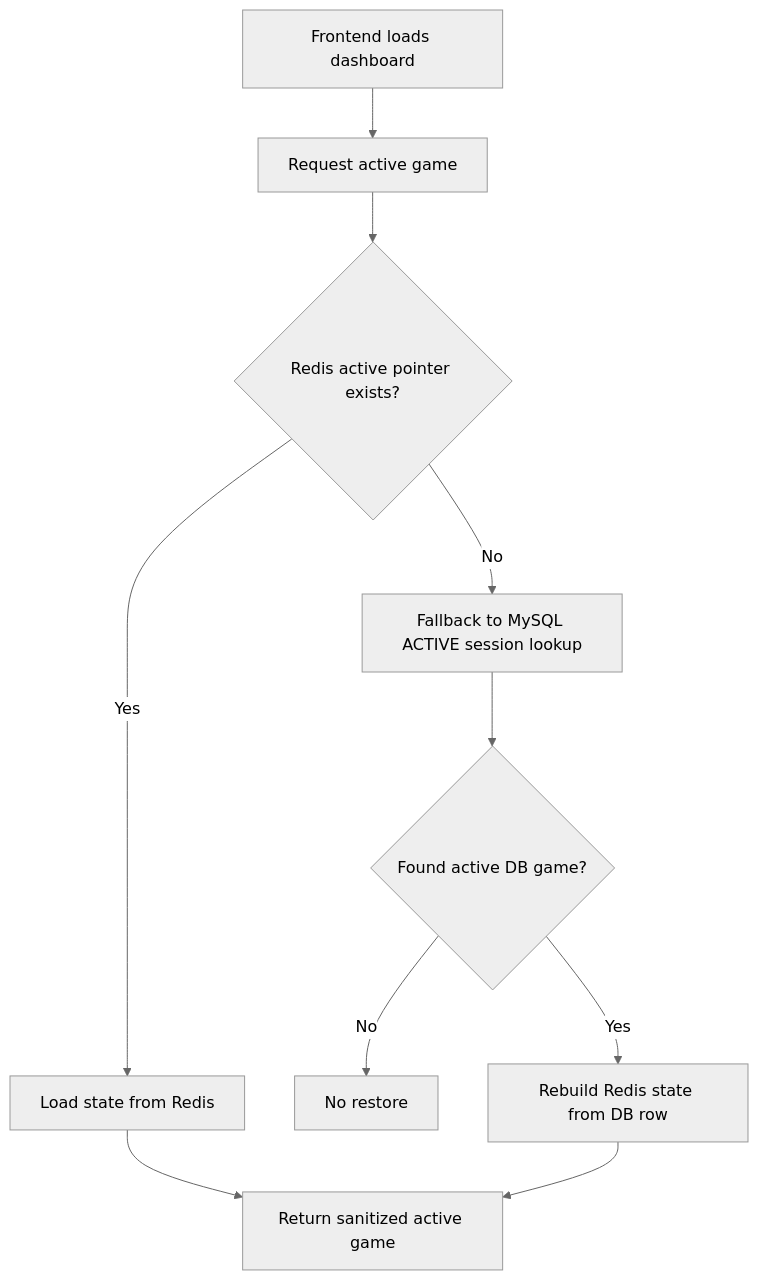
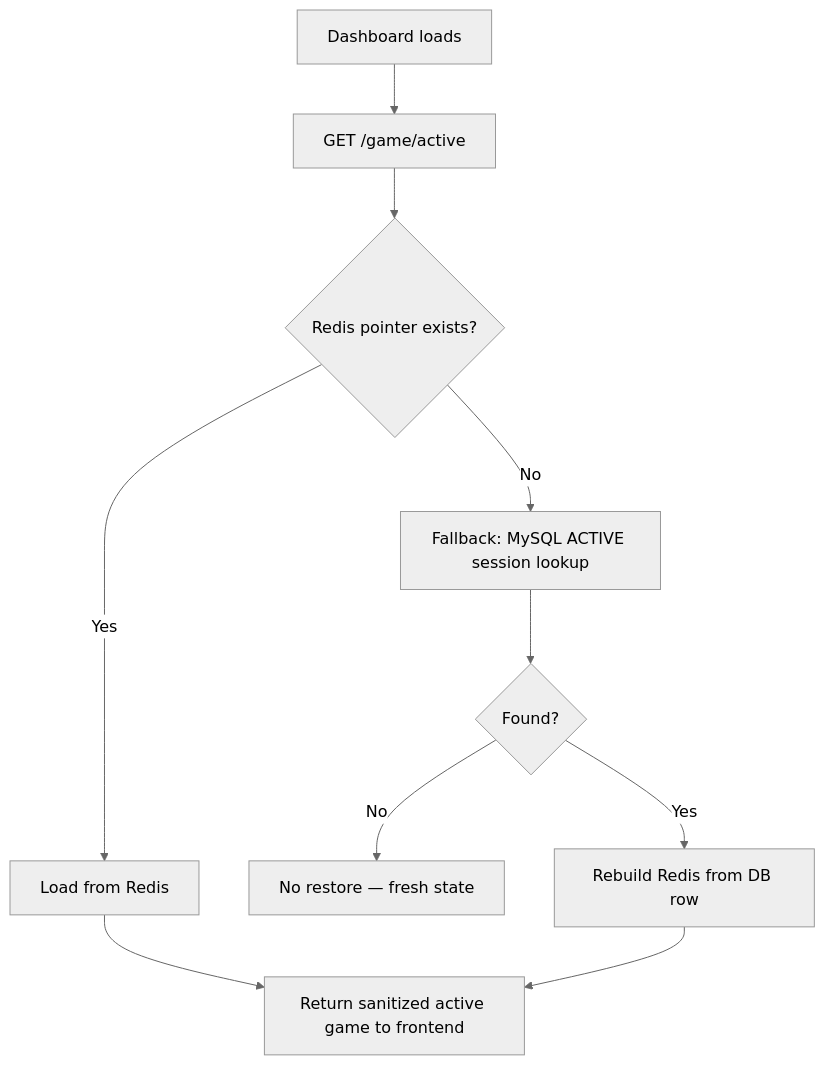
The fourth of 4 diagrams in README.md (yashkale402/Stake-mine), drawn with Mermaid (neutral theme) before and after one commit. The commit also changed other lines of this file, not shown here.

Commit message:
docs: enhance README with badges, tables, collapsible flows, quick start, API reference, roadmap

````diff
--- a/README.md
+++ b/README.md
@@ -222,12 +168,12 @@
 ```mermaid
 flowchart TD
-    A["Frontend loads dashboard"] --> B["Request active game"]
-    B --> C{"Redis active pointer exists?"}
-    C -- "Yes" --> D["Load state from Redis"]
-    C -- "No" --> E["Fallback to MySQL ACTIVE session lookup"]
-    E --> F{"Found active DB game?"}
-    F -- "No" --> G["No restore"]
-    F -- "Yes" --> H["Rebuild Redis state from DB row"]
-    D --> I["Return sanitized active game"]
+    A["Dashboard loads"] --> B["GET /game/active"]
+    B --> C{Redis pointer exists?}
+    C -- Yes --> D["Load from Redis"]
+    C -- No --> E["Fallback: MySQL ACTIVE session lookup"]
+    E --> F{Found?}
+    F -- No --> G["No restore — fresh state"]
+    F -- Yes --> H["Rebuild Redis from DB row"]
+    D --> I["Return sanitized active game to frontend"]
     H --> I
 ```
````
